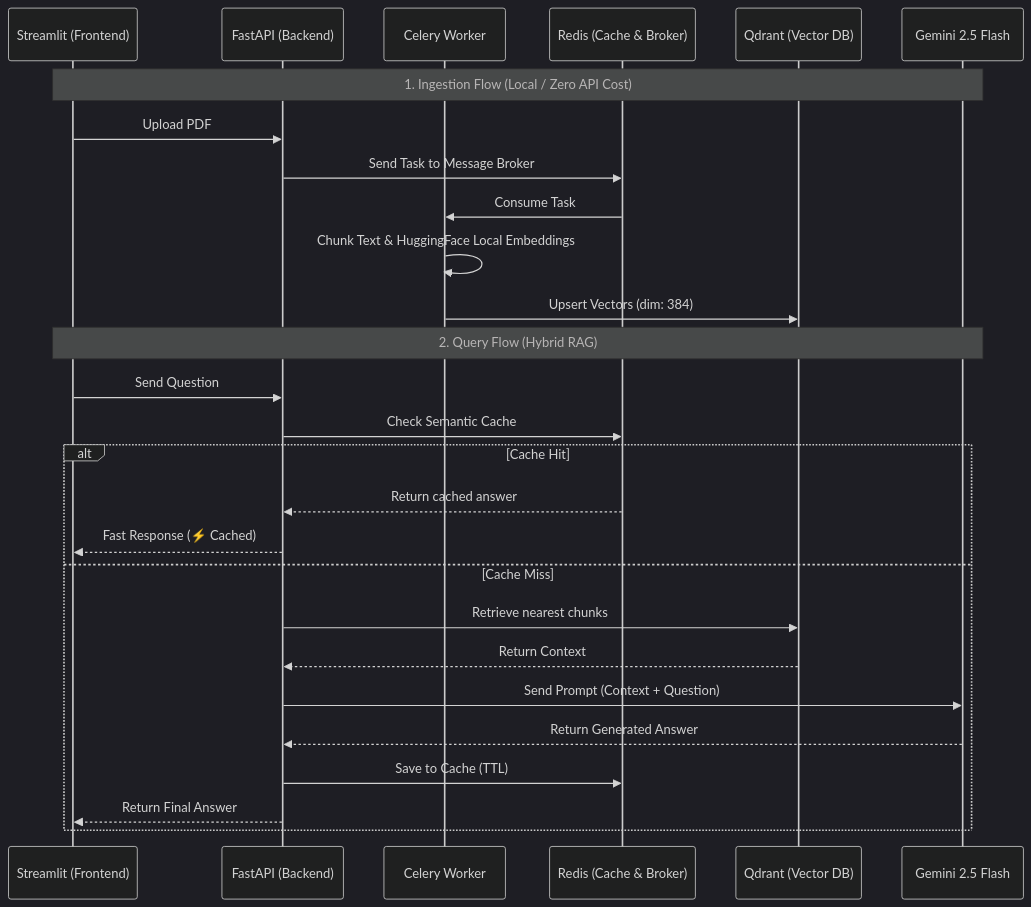
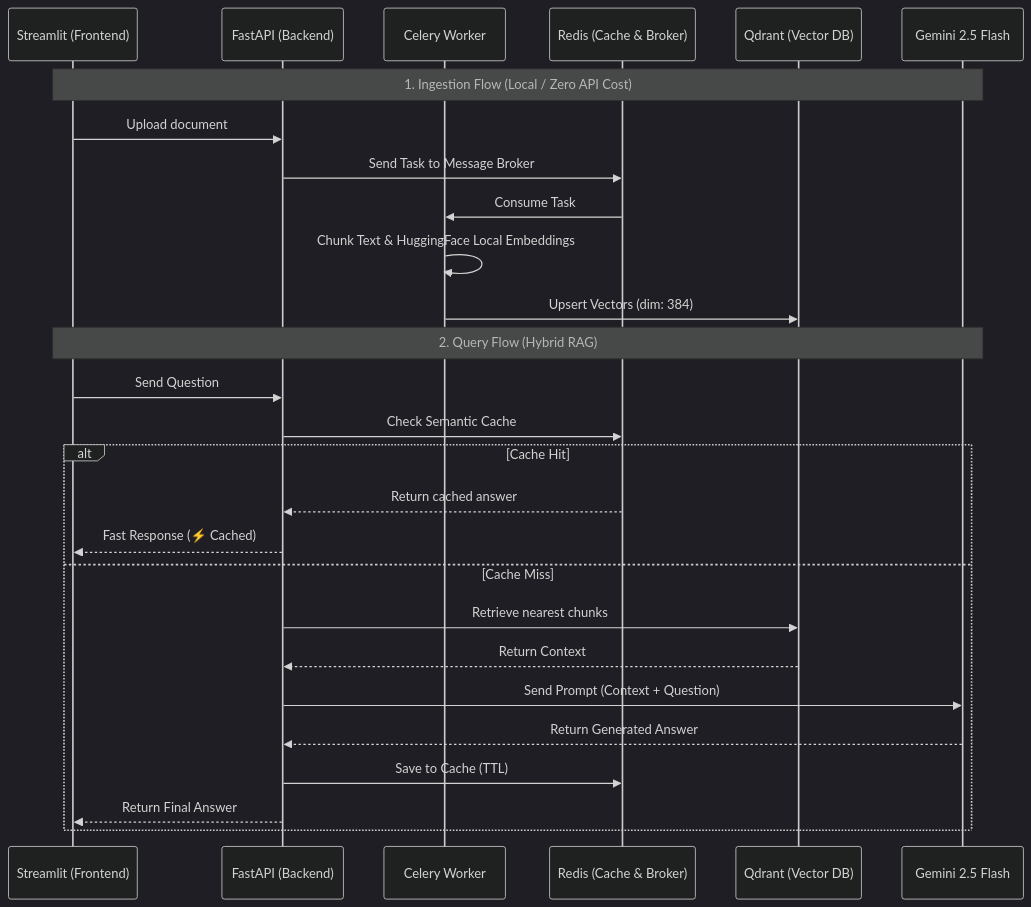
The diagram in README.md (NguyenKien0610/DocuQuery-Enterprise-RAG), drawn with Mermaid (dark theme) before and after one commit. The commit also changed other lines of this file, not shown here.

````diff
--- a/README.md
+++ b/README.md
@@ -16,31 +16,31 @@
 ```mermaid
 sequenceDiagram
     participant U as Streamlit (Frontend)
     participant API as FastAPI (Backend)
     participant C as Celery Worker
     participant R as Redis (Cache & Broker)
     participant Q as Qdrant (Vector DB)
     participant LLM as Gemini 2.5 Flash
 
     Note over U,LLM: 1. Ingestion Flow (Local / Zero API Cost)
-    U->>API: Upload PDF
+    U->>API: Upload document
     API->>R: Send Task to Message Broker
     R->>C: Consume Task
     C->>C: Chunk Text & HuggingFace Local Embeddings
     C->>Q: Upsert Vectors (dim: 384)
     
     Note over U,LLM: 2. Query Flow (Hybrid RAG)
     U->>API: Send Question
     API->>R: Check Semantic Cache
     alt Cache Hit
         R-->>API: Return cached answer
         API-->>U: Fast Response (⚡ Cached)
     else Cache Miss
         API->>Q: Retrieve nearest chunks
         Q-->>API: Return Context
         API->>LLM: Send Prompt (Context + Question)
         LLM-->>API: Return Generated Answer
         API->>R: Save to Cache (TTL)
         API-->>U: Return Final Answer
     end
 ```
````
